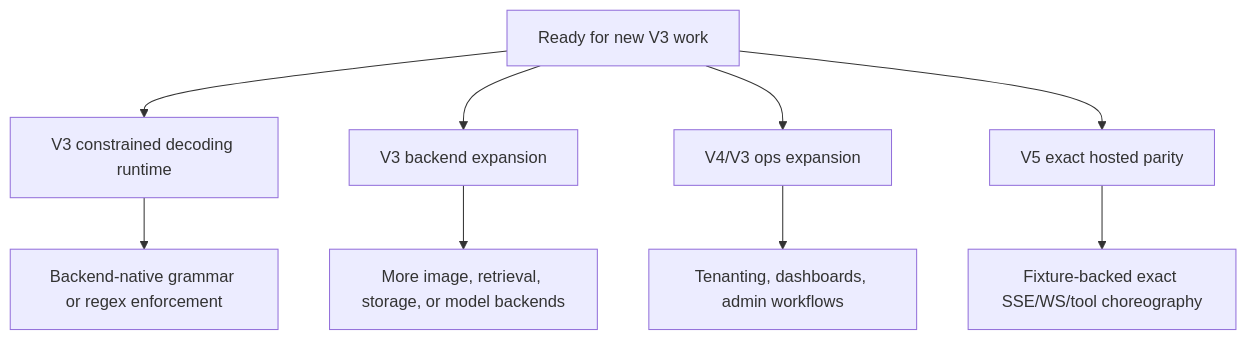
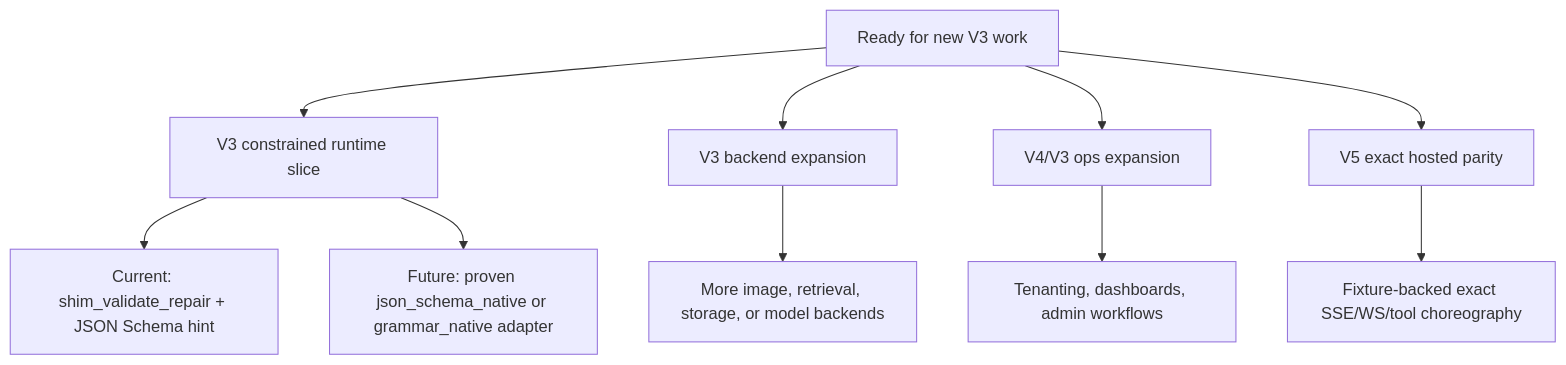
Diagram 25 of 25 in docs/engineering/openai-api-choreography-atlas.md (avelrl/llama_shim), drawn with Mermaid before and after one commit. The commit also changed other lines of this file and 15 other files, not shown here.

Commit message:
Сonstrained decoding/runtime as a Broad subset

````diff
--- a/docs/engineering/openai-api-choreography-atlas.md
+++ b/docs/engineering/openai-api-choreography-atlas.md
@@ -893,18 +937,19 @@
 ```mermaid
 flowchart TB
   ready["Ready for new V3 work"]
-  constrained["V3 constrained decoding runtime"]
+  constrained["V3 constrained runtime slice"]
   backend["V3 backend expansion"]
   parity["V5 exact hosted parity"]
   ops["V4/V3 ops expansion"]
 
   ready --> constrained
   ready --> backend
   ready --> ops
   ready --> parity
 
-  constrained --> c1["Backend-native grammar or regex enforcement"]
+  constrained --> c0["Current: shim_validate_repair + JSON Schema hint"]
+  constrained --> c1["Future: proven json_schema_native or grammar_native adapter"]
   backend --> b1["More image, retrieval, storage, or model backends"]
   ops --> o1["Tenanting, dashboards, admin workflows"]
   parity --> p1["Fixture-backed exact SSE/WS/tool choreography"]
 ```
````
